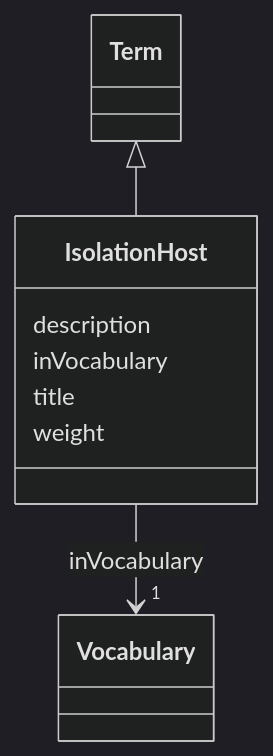
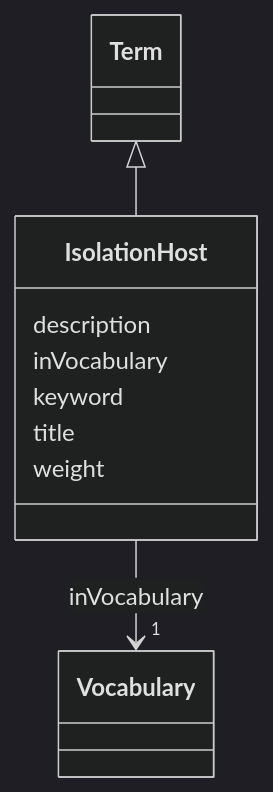
One commit to EVORA-project/evora-ontology changed the diagram in models/docs/IsolationHost.md. Above: the diagram before and after it, drawn with Mermaid (dark theme). The commit also changed other lines of this file and 402 other files, not shown here.

````diff
--- a/models/docs/IsolationHost.md
+++ b/models/docs/IsolationHost.md
@@ -19,24 +19,26 @@
 ```mermaid
  classDiagram
     class IsolationHost
     click IsolationHost href "../IsolationHost"
       Term <|-- IsolationHost
         click Term href "../Term"
       
       IsolationHost : description
         
       IsolationHost : inVocabulary
         
           
     
     
     IsolationHost --> "1" Vocabulary : inVocabulary
     click Vocabulary href "../Vocabulary"
 
         
+      IsolationHost : keyword
+        
       IsolationHost : title
         
       IsolationHost : weight
         
       
 ```
````
